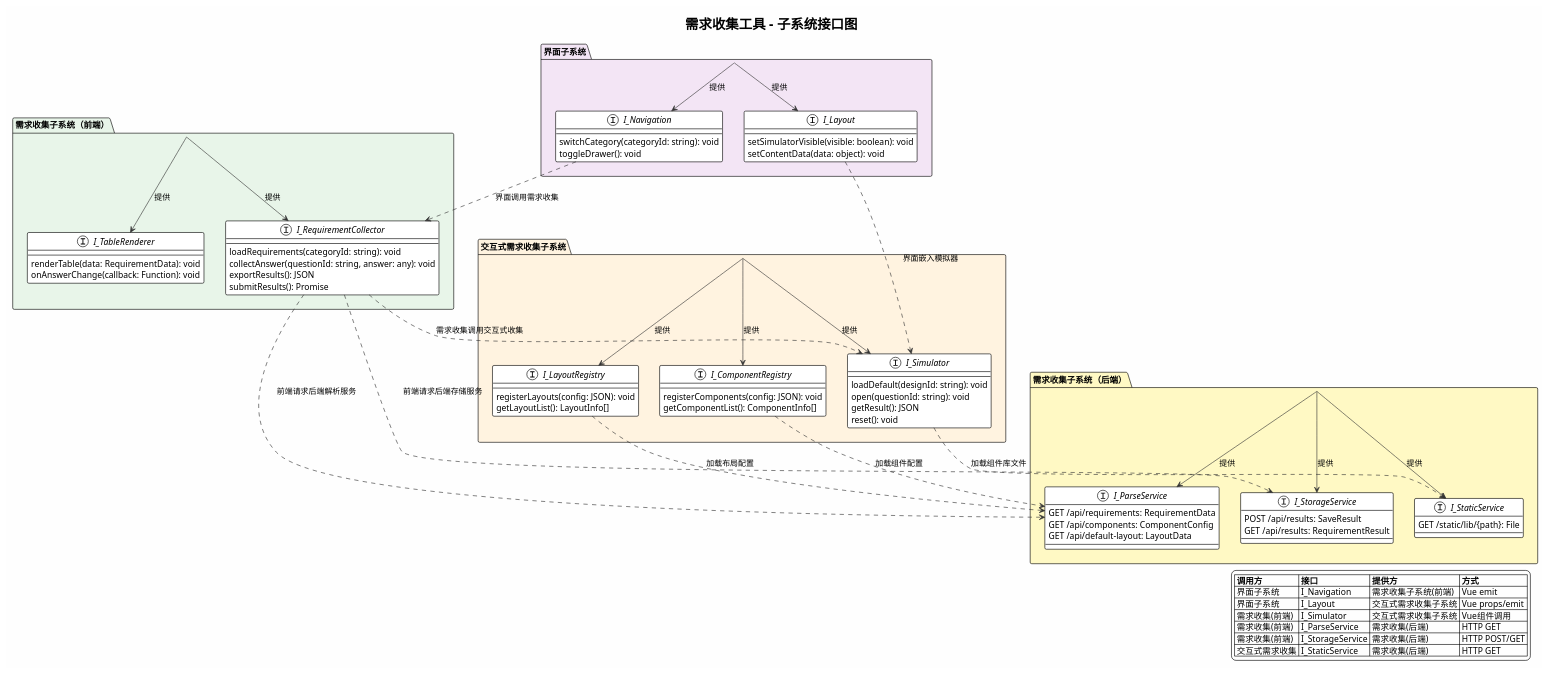
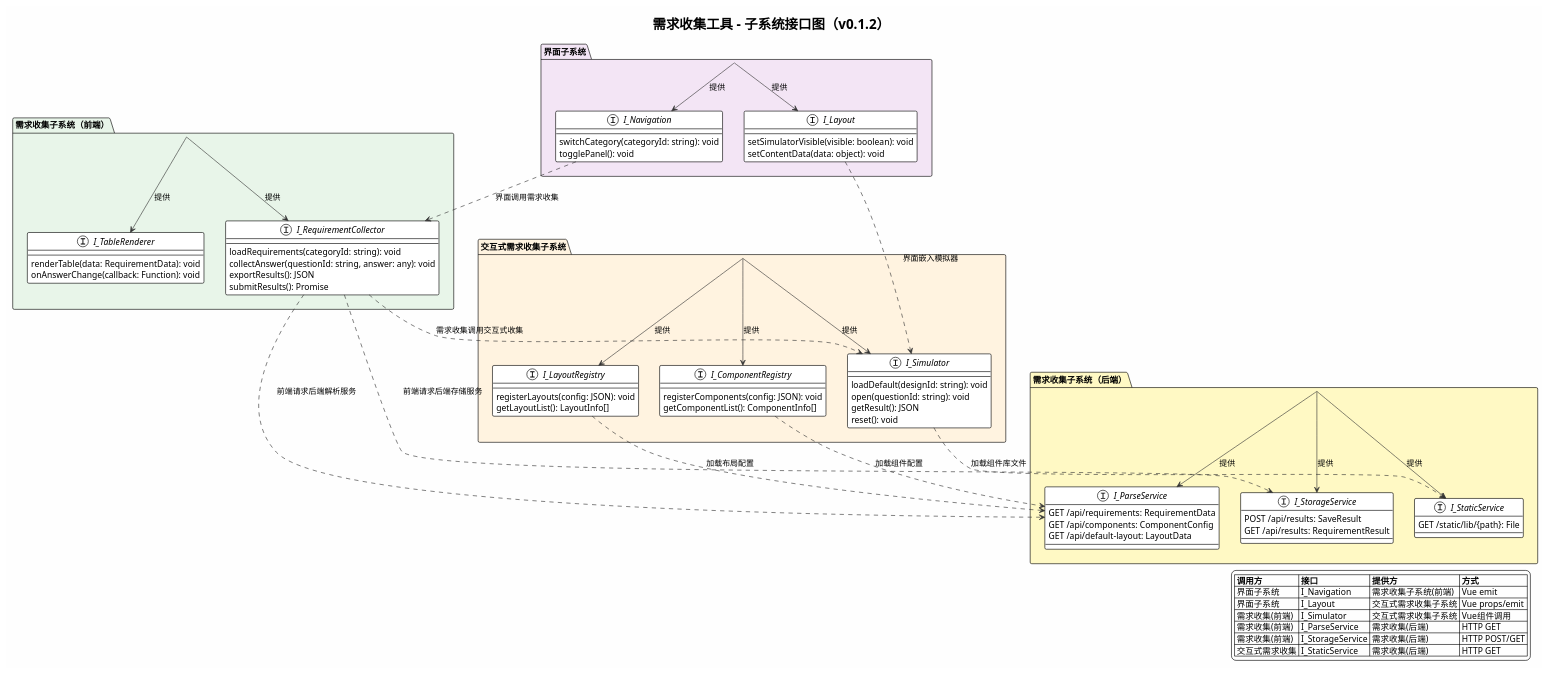
The diagram in docs/images/subsystem_interfaces.puml (24-Fahed/frontend_requirements_tool), drawn with PlantUML before and after one commit. The commit also changed 48 other files, not shown here.

```diff
--- a/docs/images/subsystem_interfaces.puml
+++ b/docs/images/subsystem_interfaces.puml
@@ -1,114 +1,114 @@
 @startuml 子系统接口图
 !theme plain
 skinparam backgroundColor #FEFEFE
 skinparam defaultFontName SimHei
 skinparam NoteFontName SimHei
 skinparam PackageFontName SimHei
 skinparam RectangleFontName SimHei
 skinparam TitleFontName SimHei
 skinparam LegendFontName SimHei
 skinparam ComponentFontName SimHei
 skinparam InterfaceFontName SimHei
 skinparam ArrowColor #333333
 skinparam PackageFontSize 14
 skinparam ComponentFontSize 12
 
-title 需求收集工具 - 子系统接口图
+title 需求收集工具 - 子系统接口图（v0.1.2）
 
 ' === 界面子系统 ===
 package "界面子系统" as UI_SYS #F3E5F5 {
   interface "I_Navigation" as I_NAV {
     switchCategory(categoryId: string): void
-    toggleDrawer(): void
+    togglePanel(): void
   }
   interface "I_Layout" as I_LAYOUT {
     setSimulatorVisible(visible: boolean): void
     setContentData(data: object): void
   }
 }
 
 ' === 交互式需求收集子系统 ===
 package "交互式需求收集子系统" as INT_SYS #FFF3E0 {
   interface "I_Simulator" as I_SIM {
     loadDefault(designId: string): void
     open(questionId: string): void
     getResult(): JSON
     reset(): void
   }
   interface "I_ComponentRegistry" as I_COMP_REG {
     registerComponents(config: JSON): void
     getComponentList(): ComponentInfo[]
   }
   interface "I_LayoutRegistry" as I_LAYOUT_REG {
     registerLayouts(config: JSON): void
     getLayoutList(): LayoutInfo[]
   }
 }
 
 ' === 需求收集子系统（前端） ===
 package "需求收集子系统（前端）" as REQ_FE_SYS #E8F5E9 {
   interface "I_RequirementCollector" as I_REQ_COLL {
     loadRequirements(categoryId: string): void
     collectAnswer(questionId: string, answer: any): void
     exportResults(): JSON
     submitResults(): Promise
   }
   interface "I_TableRenderer" as I_TABLE {
     renderTable(data: RequirementData): void
     onAnswerChange(callback: Function): void
   }
 }
 
 ' === 需求收集子系统（后端） ===
 package "需求收集子系统（后端）" as REQ_BE_SYS #FFF9C4 {
   interface "I_ParseService" as I_PARSE {
     GET /api/requirements: RequirementData
     GET /api/components: ComponentConfig
     GET /api/default-layout: LayoutData
   }
   interface "I_StorageService" as I_STORAGE {
     POST /api/results: SaveResult
     GET /api/results: RequirementResult
   }
   interface "I_StaticService" as I_STATIC {
     GET /static/lib/{path}: File
   }
 }
 
 ' === 接口调用关系 ===
 
 UI_SYS --> I_NAV : 提供
 UI_SYS --> I_LAYOUT : 提供
 
 REQ_FE_SYS --> I_REQ_COLL : 提供
 REQ_FE_SYS --> I_TABLE : 提供
 
 INT_SYS --> I_SIM : 提供
 INT_SYS --> I_COMP_REG : 提供
 INT_SYS --> I_LAYOUT_REG : 提供
 
 REQ_BE_SYS --> I_PARSE : 提供
 REQ_BE_SYS --> I_STORAGE : 提供
 REQ_BE_SYS --> I_STATIC : 提供
 
 ' 调用关系（虚线）
 I_NAV ..> I_REQ_COLL : 界面调用需求收集
 I_LAYOUT ..> I_SIM : 界面嵌入模拟器
 I_REQ_COLL ..> I_SIM : 需求收集调用交互式收集
 I_REQ_COLL ..> I_PARSE : 前端请求后端解析服务
 I_REQ_COLL ..> I_STORAGE : 前端请求后端存储服务
 I_COMP_REG ..> I_PARSE : 加载组件配置
 I_LAYOUT_REG ..> I_PARSE : 加载布局配置
 I_SIM ..> I_STATIC : 加载组件库文件
 
 legend right
   |= 调用方 |= 接口 |= 提供方 |= 方式 |
   | 界面子系统 | I_Navigation | 需求收集子系统(前端) | Vue emit |
   | 界面子系统 | I_Layout | 交互式需求收集子系统 | Vue props/emit |
   | 需求收集(前端) | I_Simulator | 交互式需求收集子系统 | Vue组件调用 |
   | 需求收集(前端) | I_ParseService | 需求收集(后端) | HTTP GET |
   | 需求收集(前端) | I_StorageService | 需求收集(后端) | HTTP POST/GET |
   | 交互式需求收集 | I_StaticService | 需求收集(后端) | HTTP GET |
 end legend
 
 @enduml
```
